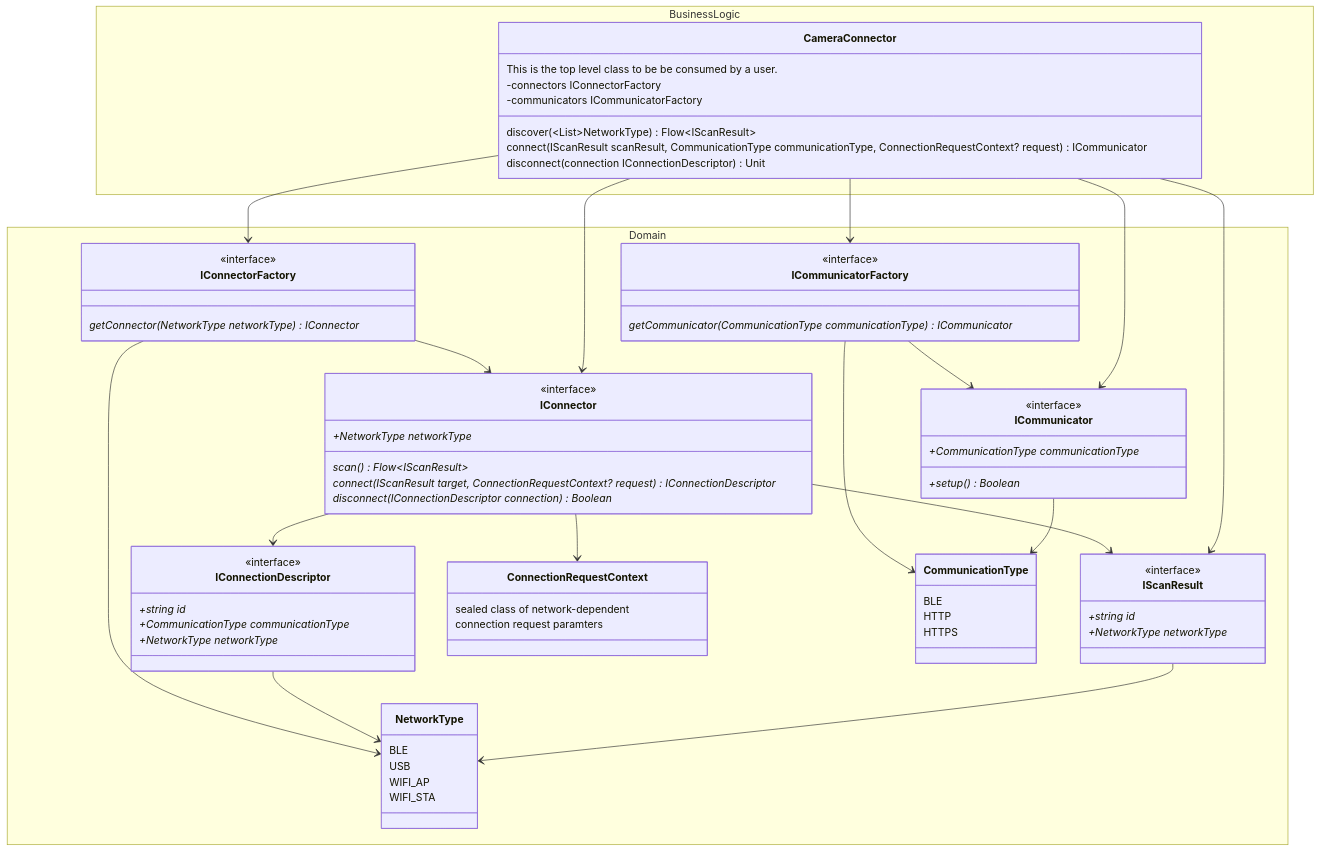
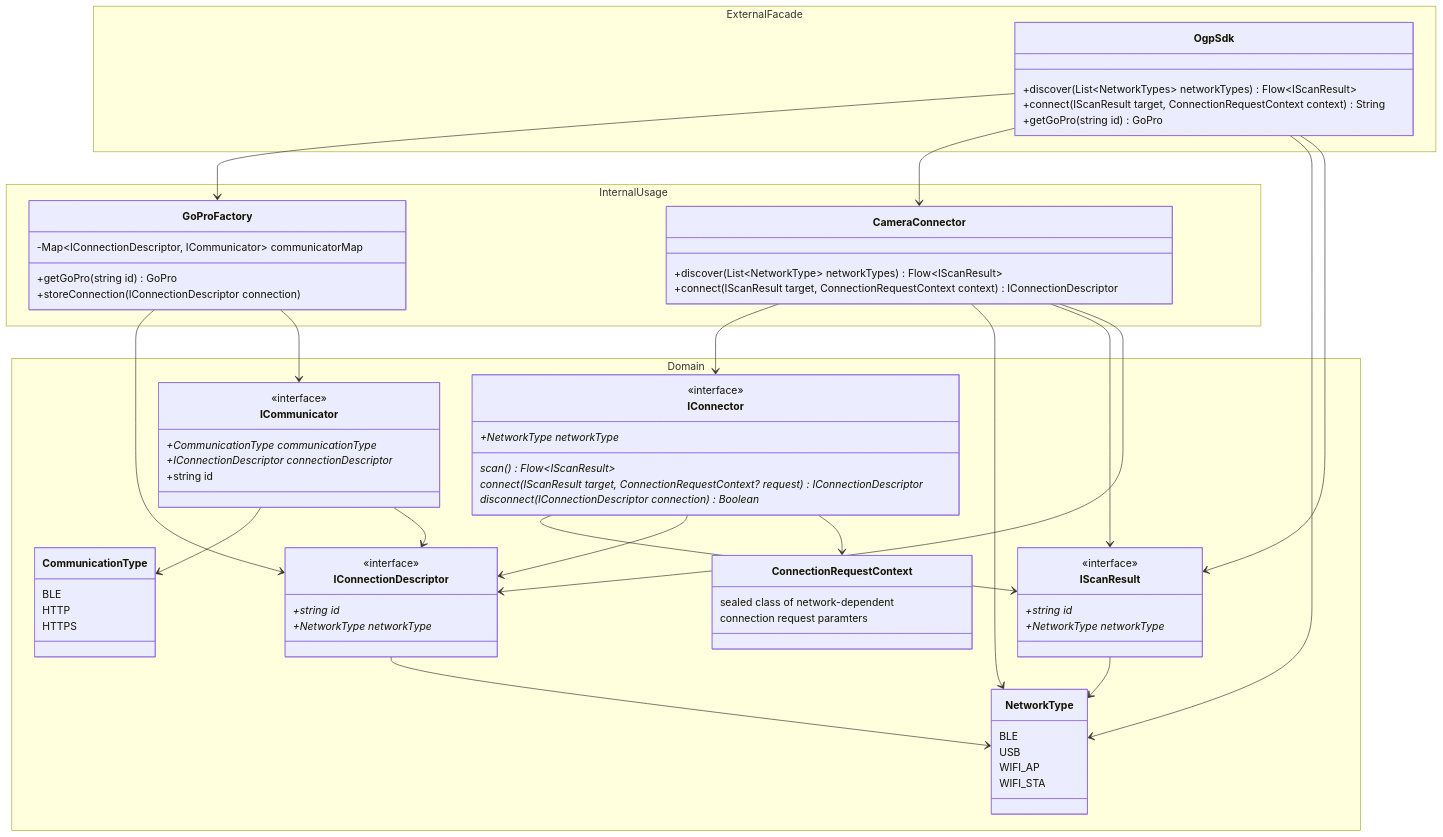
One commit to gopro/OpenGoPro changed the first of 3 diagrams in demos/kotlin/kmp_sdk/docs/architecture/connector_communicator.md. Above: the diagram before and after it, drawn with Mermaid. The commit also changed other lines of this file and 4 other files, not shown here.

Commit message:
Update architecture diagrams

````diff
--- a/demos/kotlin/kmp_sdk/docs/architecture/connector_communicator.md
+++ b/demos/kotlin/kmp_sdk/docs/architecture/connector_communicator.md
@@ -14,26 +14,8 @@
 ```mermaid
 classDiagram
     direction TB
-    namespace BusinessLogic {
-        class CameraConnector {
-            This is the top level class to be be consumed by a user.
-            -connectors IConnectorFactory
-            -communicators ICommunicatorFactory
-            discover(~List~NetworkType) Flow~IScanResult~
-            connect(IScanResult scanResult, CommunicationType communicationType, ConnectionRequestContext? request) ICommunicator
-            disconnect(connection IConnectionDescriptor) Unit
-        }
-    }
-    CameraConnector --> IConnector
-    CameraConnector --> ICommunicator
-    CameraConnector --> IScanResult
-    CameraConnector --> IConnectorFactory
-    CameraConnector --> ICommunicatorFactory
+
     namespace Domain {
-        class IConnectorFactory {
-            <<interface>>
-            getConnector(NetworkType networkType) IConnector*
-        }
         class NetworkType {
             BLE
             USB
@@ -48,7 +30,6 @@
         class IConnectionDescriptor {
             <<interface>>
             +string id*
-            +CommunicationType communicationType*
             +NetworkType networkType*
         }
         class ConnectionRequestContext {
@@ -62,10 +43,6 @@
             connect(IScanResult target, ConnectionRequestContext? request) IConnectionDescriptor*
             disconnect(IConnectionDescriptor connection) Boolean*
         }
-        class ICommunicatorFactory {
-            <<interface>>
-            getCommunicator(CommunicationType communicationType) ICommunicator*
-        }
         class CommunicationType {
             BLE
             HTTP
@@ -74,17 +51,47 @@
         class ICommunicator {
             <<interface>>
             +CommunicationType communicationType*
-            +setup() Boolean*
+            +IConnectionDescriptor connectionDescriptor*
+            +string id
         }
     }
+
     IScanResult --> NetworkType
     IConnectionDescriptor --> NetworkType
     IConnector --> IScanResult
     IConnector --> IConnectionDescriptor
     IConnector --> ConnectionRequestContext
-    IConnectorFactory --> IConnector
-    IConnectorFactory --> NetworkType
     ICommunicator --> CommunicationType
-    ICommunicatorFactory --> ICommunicator
-    ICommunicatorFactory --> CommunicationType
+    ICommunicator --> IConnectionDescriptor
+
+    namespace InternalUsage {
+        class GoProFactory {
+            +getGoPro(string id) GoPro
+            +storeConnection(IConnectionDescriptor connection)
+            -Map~IConnectionDescriptor, ICommunicator~ communicatorMap
+        }
+        class CameraConnector {
+            +discover(List~NetworkType~ networkTypes) Flow~IScanResult~
+            +connect(IScanResult target, ConnectionRequestContext context) IConnectionDescriptor
+        }
+    }
+
+    GoProFactory --> IConnectionDescriptor
+    GoProFactory --> ICommunicator
+    CameraConnector --> IConnector
+    CameraConnector --> NetworkType
+    CameraConnector --> IScanResult
+    CameraConnector --> IConnectionDescriptor
+
+    namespace ExternalFacade {
+        class OgpSdk {
+            +discover(List~NetworkTypes~ networkTypes) Flow~IScanResult~
+            +connect(IScanResult target, ConnectionRequestContext context) String
+            +getGoPro(string id) GoPro
+        }
+    }
+    OgpSdk --> GoProFactory
+    OgpSdk --> CameraConnector
+    OgpSdk --> NetworkType
+    OgpSdk --> IScanResult
 ```
````
